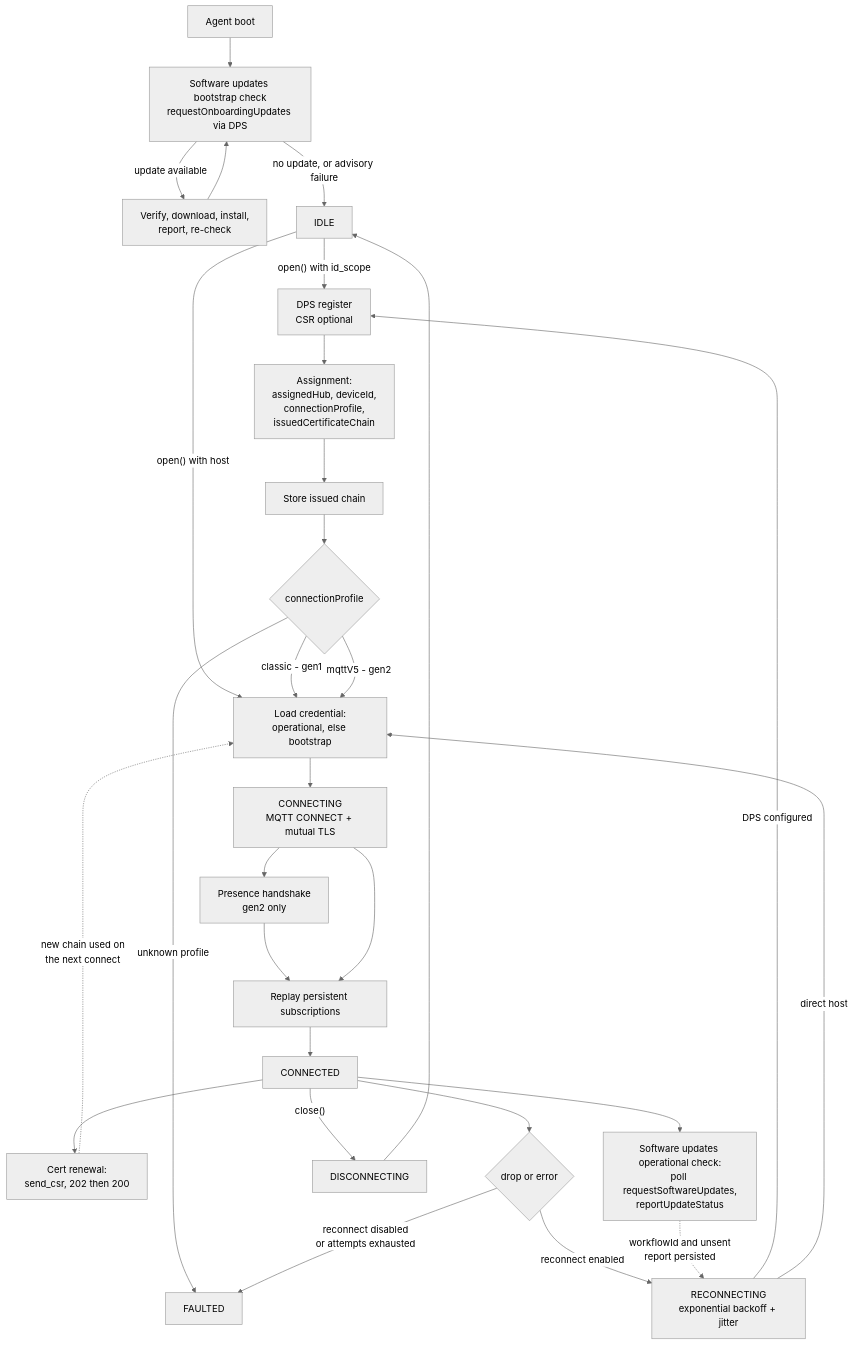
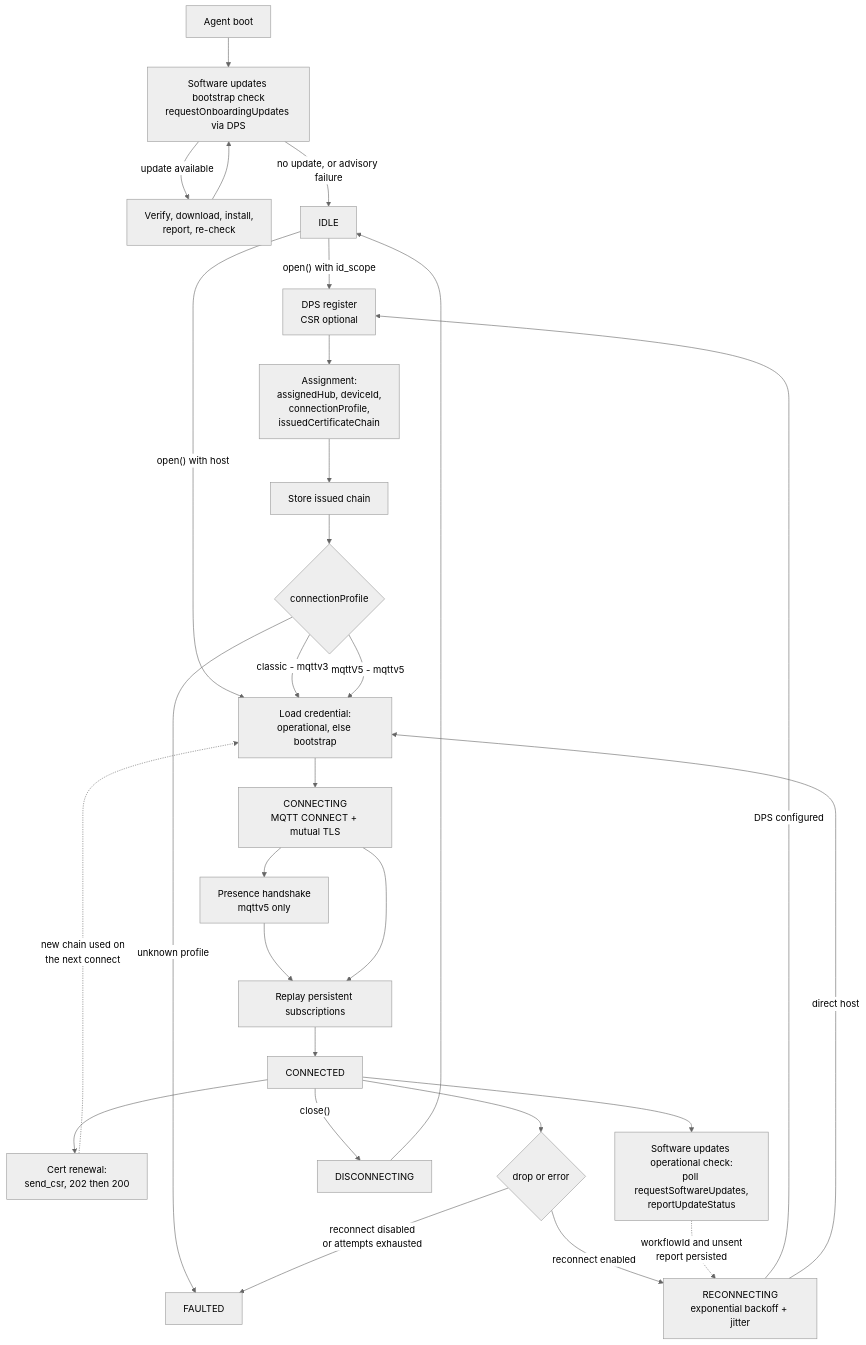
Before and after one commit to Azure/azure-iot-sdk: the ninth of 9 diagrams in c/docs/connection.md, drawn with Mermaid (neutral theme). The commit also changed other lines of this file and 118 other files, not shown here.

First line of the commit message:
C: rename gen1/gen2 to mqttv3/mqttv5

````diff
--- a/c/docs/connection.md
+++ b/c/docs/connection.md
@@ -628,36 +628,36 @@
 ```mermaid
 flowchart TB
     BOOT["Agent boot"] --> BCHK["Software updates bootstrap check<br/>requestOnboardingUpdates via DPS"]
     BCHK -->|"update available"| BINST["Verify, download, install,<br/>report, re-check"]
     BINST --> BCHK
     BCHK -->|"no update, or advisory failure"| IDLE["IDLE"]
 
     IDLE -->|"open() with id_scope"| REG["DPS register<br/>CSR optional"]
     IDLE -->|"open() with host"| CRED
 
     REG --> ASSIGN["Assignment:<br/>assignedHub, deviceId,<br/>connectionProfile,<br/>issuedCertificateChain"]
     ASSIGN --> STORE1["Store issued chain"]
     STORE1 --> PROFILE{"connectionProfile"}
 
     PROFILE -->|"unknown profile"| FAULTED
-    PROFILE -->|"classic - gen1"| CRED
-    PROFILE -->|"mqttV5 - gen2"| CRED["Load credential:<br/>operational, else bootstrap"]
+    PROFILE -->|"classic - mqttv3"| CRED
+    PROFILE -->|"mqttV5 - mqttv5"| CRED["Load credential:<br/>operational, else bootstrap"]
 
     CRED --> CONNECTING["CONNECTING<br/>MQTT CONNECT + mutual TLS"]
-    CONNECTING --> BIRTH["Presence handshake<br/>gen2 only"]
+    CONNECTING --> BIRTH["Presence handshake<br/>mqttv5 only"]
     BIRTH --> SUBS["Replay persistent subscriptions"]
     CONNECTING --> SUBS
     SUBS --> CONNECTED["CONNECTED"]
 
     CONNECTED --> CRENEW["Cert renewal:<br/>send_csr, 202 then 200"]
     CRENEW -.->|"new chain used on<br/>the next connect"| CRED
     CONNECTED --> ARENEW["Software updates operational check:<br/>poll requestSoftwareUpdates,<br/>reportUpdateStatus"]
 
     CONNECTED -->|"close()"| DISC["DISCONNECTING"] --> IDLE
     CONNECTED --> DROP{"drop or error"}
     DROP -->|"reconnect disabled<br/>or attempts exhausted"| FAULTED["FAULTED"]
     DROP -->|"reconnect enabled"| RECON["RECONNECTING<br/>exponential backoff + jitter"]
     RECON -->|"DPS configured"| REG
     RECON -->|"direct host"| CRED
     ARENEW -.->|"workflowId and unsent<br/>report persisted"| RECON
 ```
````
